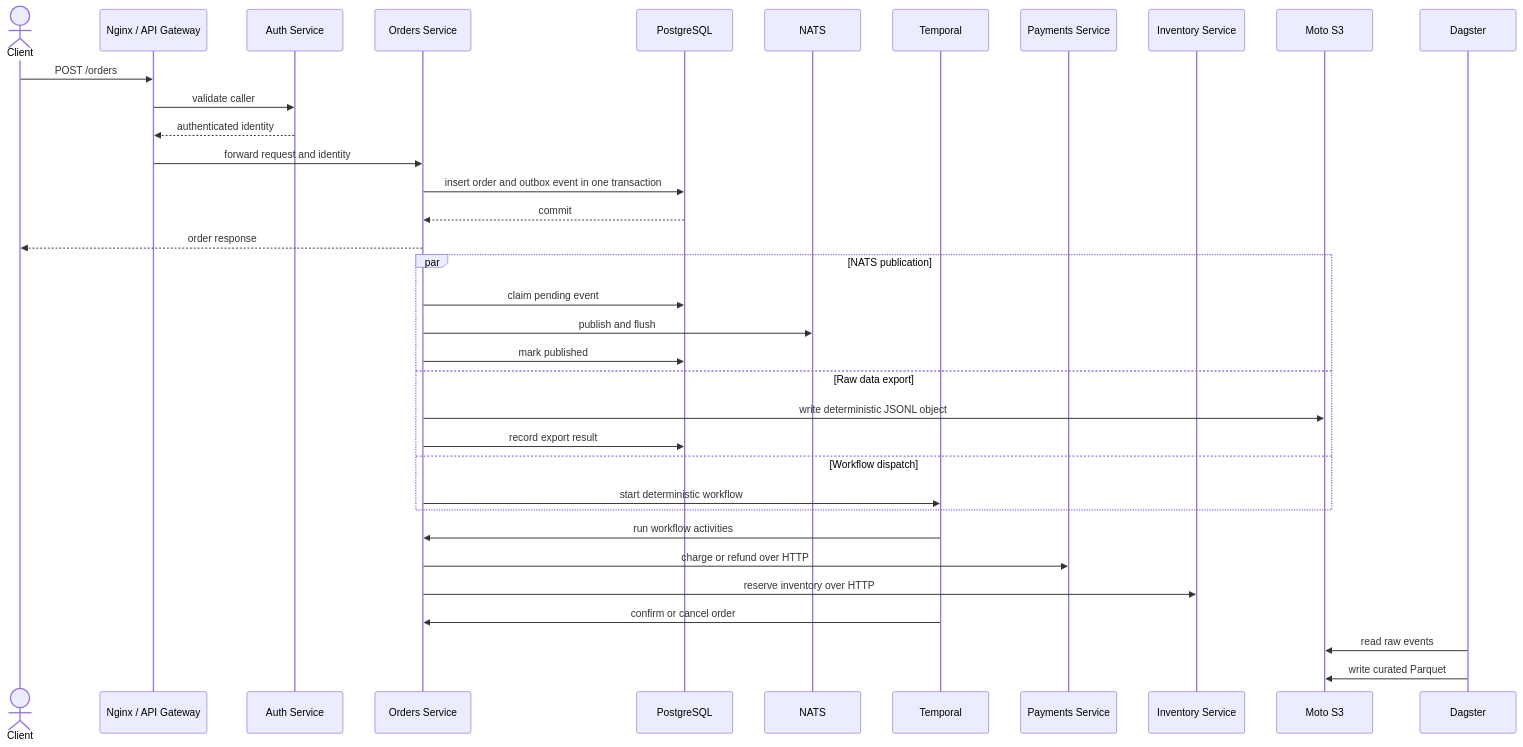
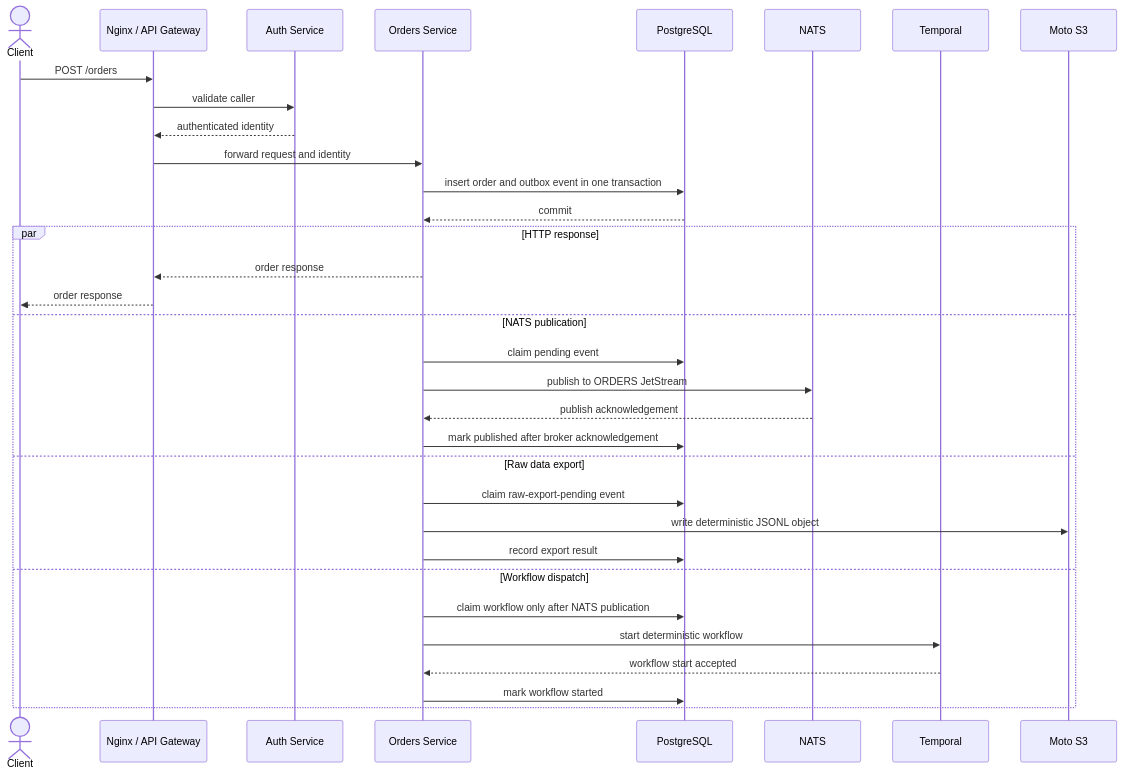
One commit to funnyMans/Node.js_Boilerplate changed the diagram in docs/diagrams-src/order-sequence.mmd. Above: the diagram before and after it, drawn with Mermaid. The commit also changed 73 other files, not shown here.

```diff
--- a/docs/diagrams-src/order-sequence.mmd
+++ b/docs/diagrams-src/order-sequence.mmd
@@ -1,38 +1,35 @@
 sequenceDiagram
   actor C as Client
   participant G as Nginx / API Gateway
   participant A as Auth Service
   participant O as Orders Service
   participant DB as PostgreSQL
   participant N as NATS
   participant T as Temporal
-  participant P as Payments Service
-  participant I as Inventory Service
   participant S as Moto S3
-  participant D as Dagster
 
   C->>G: POST /orders
   G->>A: validate caller
   A-->>G: authenticated identity
   G->>O: forward request and identity
   O->>DB: insert order and outbox event in one transaction
   DB-->>O: commit
-  O-->>C: order response
 
-  par NATS publication
+  par HTTP response
+    O-->>G: order response
+    G-->>C: order response
+  and NATS publication
     O->>DB: claim pending event
-    O->>N: publish and flush
-    O->>DB: mark published
+    O->>N: publish to ORDERS JetStream
+    N-->>O: publish acknowledgement
+    O->>DB: mark published after broker acknowledgement
   and Raw data export
+    O->>DB: claim raw-export-pending event
     O->>S: write deterministic JSONL object
     O->>DB: record export result
   and Workflow dispatch
+    O->>DB: claim workflow only after NATS publication
     O->>T: start deterministic workflow
+    T-->>O: workflow start accepted
+    O->>DB: mark workflow started
   end
-
-  T->>O: run workflow activities
-  O->>P: charge or refund over HTTP
-  O->>I: reserve inventory over HTTP
-  T->>O: confirm or cancel order
-  D->>S: read raw events
-  D->>S: write curated Parquet
```
